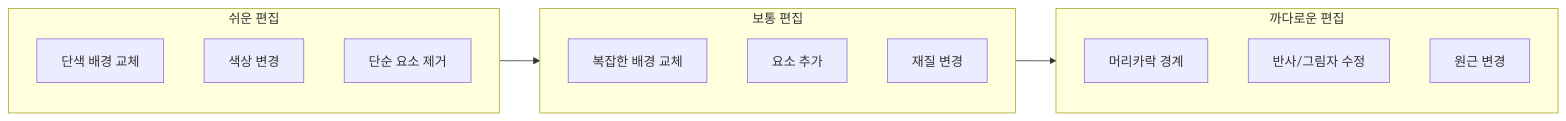
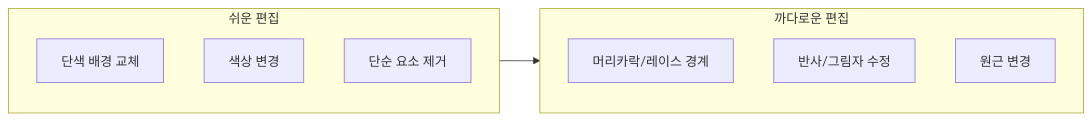
One commit to jsonpassion/forge-tutorial-promptcanvas changed the second of 2 diagrams in 03-ch3-chatgpt-이미지-생성-실전/04-04-이미지-업로드와-편집-select-도구-활용.md. Above: the diagram before and after it, drawn with Mermaid. The commit also changed other lines of this file and 63 other files, not shown here.

````diff
--- a/03-ch3-chatgpt-이미지-생성-실전/04-04-이미지-업로드와-편집-select-도구-활용.md
+++ b/03-ch3-chatgpt-이미지-생성-실전/04-04-이미지-업로드와-편집-select-도구-활용.md
@@ -265,19 +165,14 @@
 ```mermaid
 flowchart LR
     subgraph EASY["쉬운 편집"]
         E1["단색 배경 교체"]
         E2["색상 변경"]
         E3["단순 요소 제거"]
     end
-    subgraph MID["보통 편집"]
-        M1["복잡한 배경 교체"]
-        M2["요소 추가"]
-        M3["재질 변경"]
-    end
     subgraph HARD["까다로운 편집"]
-        H1["머리카락 경계"]
+        H1["머리카락/레이스 경계"]
         H2["반사/그림자 수정"]
         H3["원근 변경"]
     end
-    EASY --> MID --> HARD
+    EASY --> HARD
 ```
````
